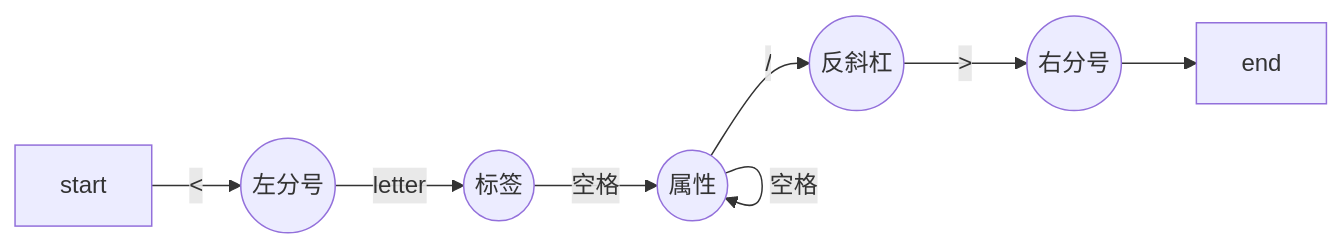
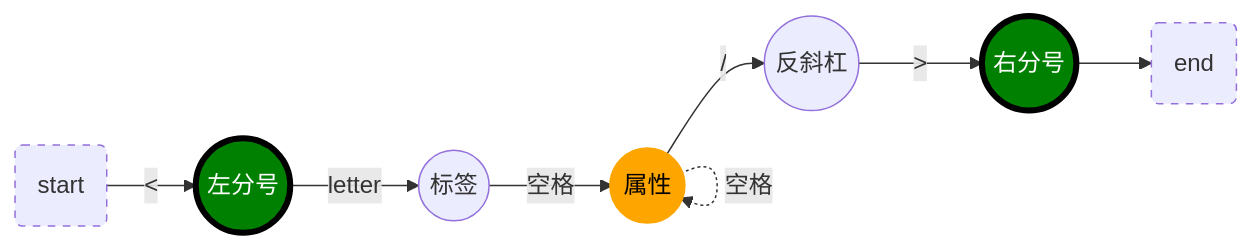
One commit to AngelPP52/tiny-compiler changed the second of 5 diagrams in README.MD. Above: the diagram before and after it, drawn with Mermaid. The commit also changed other lines of this file, not shown here.

````diff
--- a/README.MD
+++ b/README.MD
@@ -30,4 +42,14 @@
 ```mermaid
 graph LR
-start --> |<|parenL((左分号)) --> |letter|label((标签)) --> |空格|attr((属性)) --> |空格|attr --> |/|blackSlash((反斜杠)) --> |>|parenR((右分号)) --> end1[end]
+start(start) --> |<|parenL((左分号)) --> |letter|label((标签)) --> |空格|attr((属性)) -.-> |空格|attr --> |/|blackSlash((反斜杠)) --> |>|parenR((右分号)) --> end1(end)
+
+classDef border-green stroke:black,fill: green, color: white,stroke-width: 4
+classDef orange stroke:orange,fill: orange,color:black,stroke-width:4
+class parenL border-green
+class parenR border-green
+class attr orange
+
+classDef stroke-dash stroke-dasharray: 5,5
+class start stroke-dash
+class end1 stroke-dash
 ```
````
